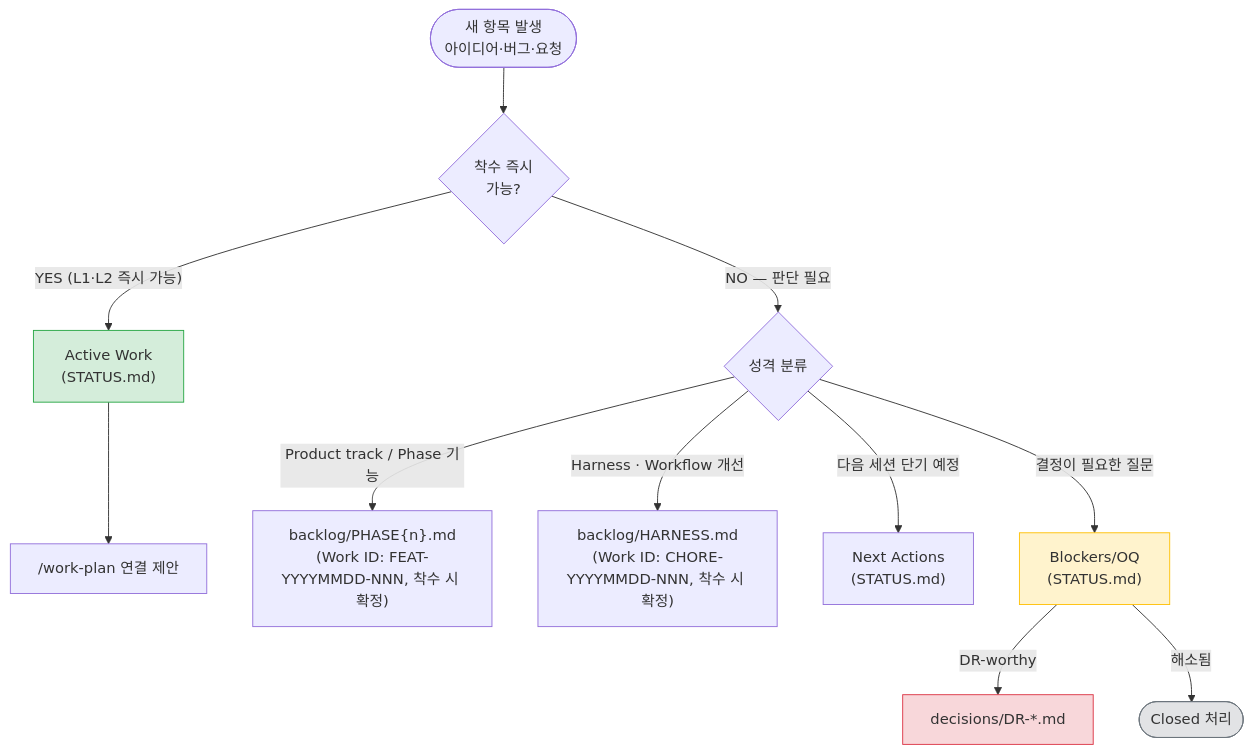
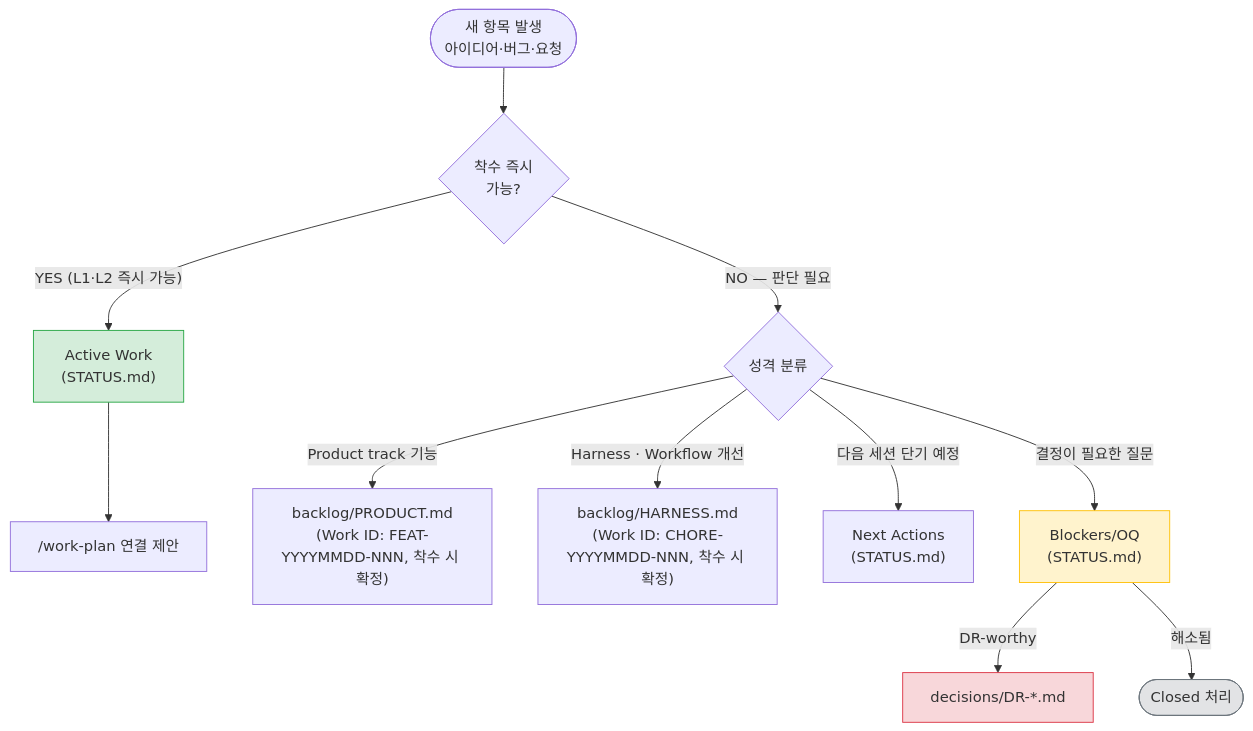
One commit to kyungseo/ai-workflow-harness changed the third of 8 diagrams in docs/WORKFLOW-MANUAL.md. Above: the diagram before and after it, drawn with Mermaid. The commit also changed other lines of this file and 35 other files, not shown here.

First line of the commit message:
refactor: Product track 네이밍 PHASE{n}→PRODUCT 대칭 전환 + phase optional (DR-031, CHORE-20260609-005) (#120)

````diff
--- a/docs/WORKFLOW-MANUAL.md
+++ b/docs/WORKFLOW-MANUAL.md
@@ -235,22 +235,22 @@
 ```mermaid
 flowchart TD
     NEW(["새 항목 발생\n아이디어·버그·요청"]) --> URGENT{"착수 즉시\n가능?"}
 
     URGENT -- "YES (L1·L2 즉시 가능)" --> AW["Active Work\n(STATUS.md)"]
     AW --> WORK_CMD["/work-plan 연결 제안"]
 
     URGENT -- "NO — 판단 필요" --> TYPE{"성격 분류"}
 
-    TYPE -- "Product track / Phase 기능" --> PBL["backlog/PHASE{n}.md\n(Work ID: FEAT-YYYYMMDD-NNN, 착수 시 확정)"]
+    TYPE -- "Product track 기능" --> PBL["backlog/PRODUCT.md\n(Work ID: FEAT-YYYYMMDD-NNN, 착수 시 확정)"]
     TYPE -- "Harness · Workflow 개선" --> HBL["backlog/HARNESS.md\n(Work ID: CHORE-YYYYMMDD-NNN, 착수 시 확정)"]
     TYPE -- "다음 세션 단기 예정" --> NA["Next Actions\n(STATUS.md)"]
     TYPE -- "결정이 필요한 질문" --> OQ["Blockers/OQ\n(STATUS.md)"]
 
     OQ -- "DR-worthy" --> DR["decisions/DR-*.md"]
     OQ -- "해소됨" --> CLOSED(["Closed 처리"])
 
     style AW fill:#d4edda,stroke:#28a745
     style OQ fill:#fff3cd,stroke:#ffc107
     style DR fill:#f8d7da,stroke:#dc3545
     style CLOSED fill:#e2e3e5,stroke:#6c757d
 ```
````
